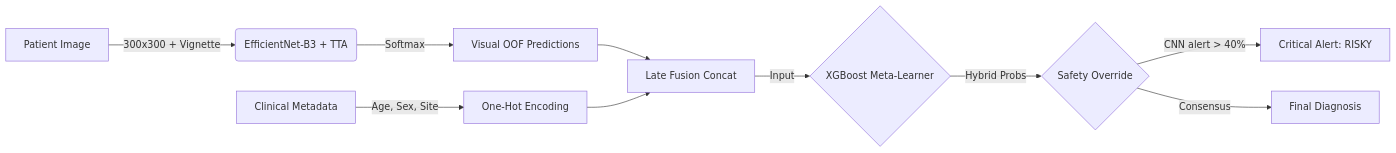
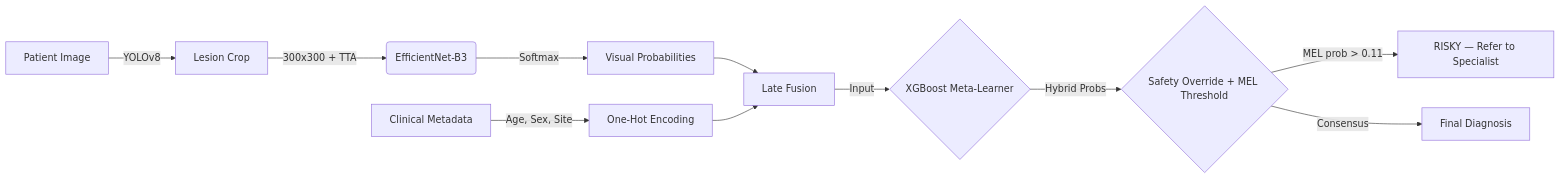
Before and after one commit to fferhatakr/dermai-vision: the diagram in README.md, drawn with Mermaid. The commit also changed other lines of this file and 13 other files, not shown here.

First line of the commit message:
v7: metric fix, TTA, threshold optimization, YOLO fallback

````diff
--- a/README.md
+++ b/README.md
@@ -45,12 +28,13 @@
 ```mermaid
 graph LR
-    A[Patient Image] -->|300x300 + Vignette| B(EfficientNet-B3 + TTA)
-    B -->|Softmax| C[Visual OOF Predictions]
-    D[Clinical Metadata] -->|Age, Sex, Site| E[One-Hot Encoding]
-    C --> F[Late Fusion Concat]
-    E --> F
-    F -->|Input| G{XGBoost Meta-Learner}
-    G -->|Hybrid Probs| H{Safety Override}
-    H -->|CNN alert > 40%| I[Critical Alert: RISKY]
-    H -->|Consensus| J[Final Diagnosis]
+    A[Patient Image] -->|YOLOv8| B[Lesion Crop]
+    B -->|300x300 + TTA| C(EfficientNet-B3)
+    C -->|Softmax| D[Visual Probabilities]
+    E[Clinical Metadata] -->|Age, Sex, Site| F[One-Hot Encoding]
+    D --> G[Late Fusion]
+    F --> G
+    G -->|Input| H{XGBoost Meta-Learner}
+    H -->|Hybrid Probs| I{Safety Override + MEL Threshold}
+    I -->|MEL prob > 0.11| J[RISKY — Refer to Specialist]
+    I -->|Consensus| K[Final Diagnosis]
 ```
````
